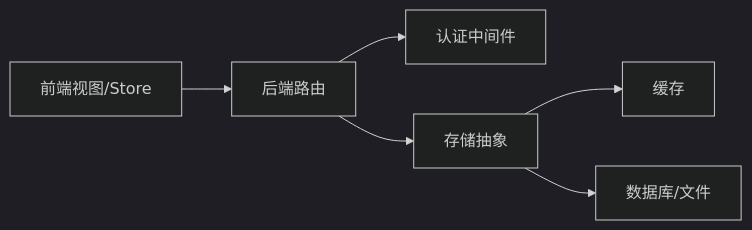
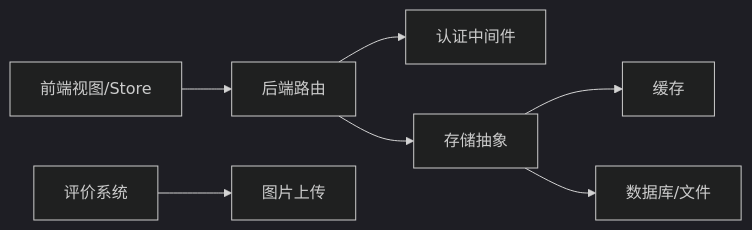
One commit to Giraffe-Han/microAPP changed diagram 13 of 15 in .qoder/repowiki/zh/content/业务功能模块/业务功能模块.md. Above: the diagram before and after it, drawn with Mermaid (dark theme). The commit also changed other lines of this file and 10 other files, not shown here.

````diff
--- a/.qoder/repowiki/zh/content/业务功能模块/业务功能模块.md
+++ b/.qoder/repowiki/zh/content/业务功能模块/业务功能模块.md
@@ -378,8 +415,9 @@
 ```mermaid
 graph LR
 FE["前端视图/Store"] --> API["后端路由"]
 API --> MW["认证中间件"]
 API --> ST["存储抽象"]
 ST --> CA["缓存"]
 ST --> DB["数据库/文件"]
+REV["评价系统"] --> UPLOAD["图片上传"]
 ```
````
